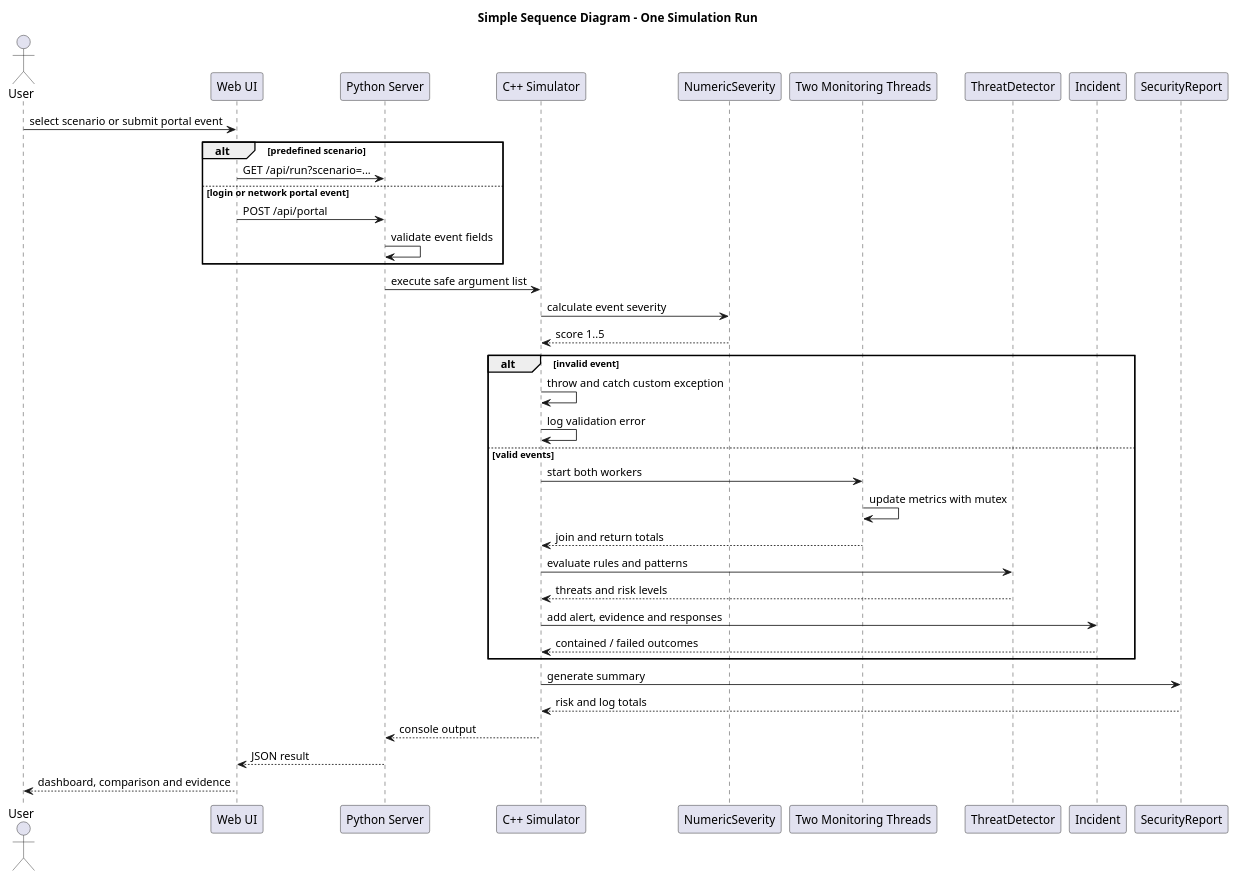
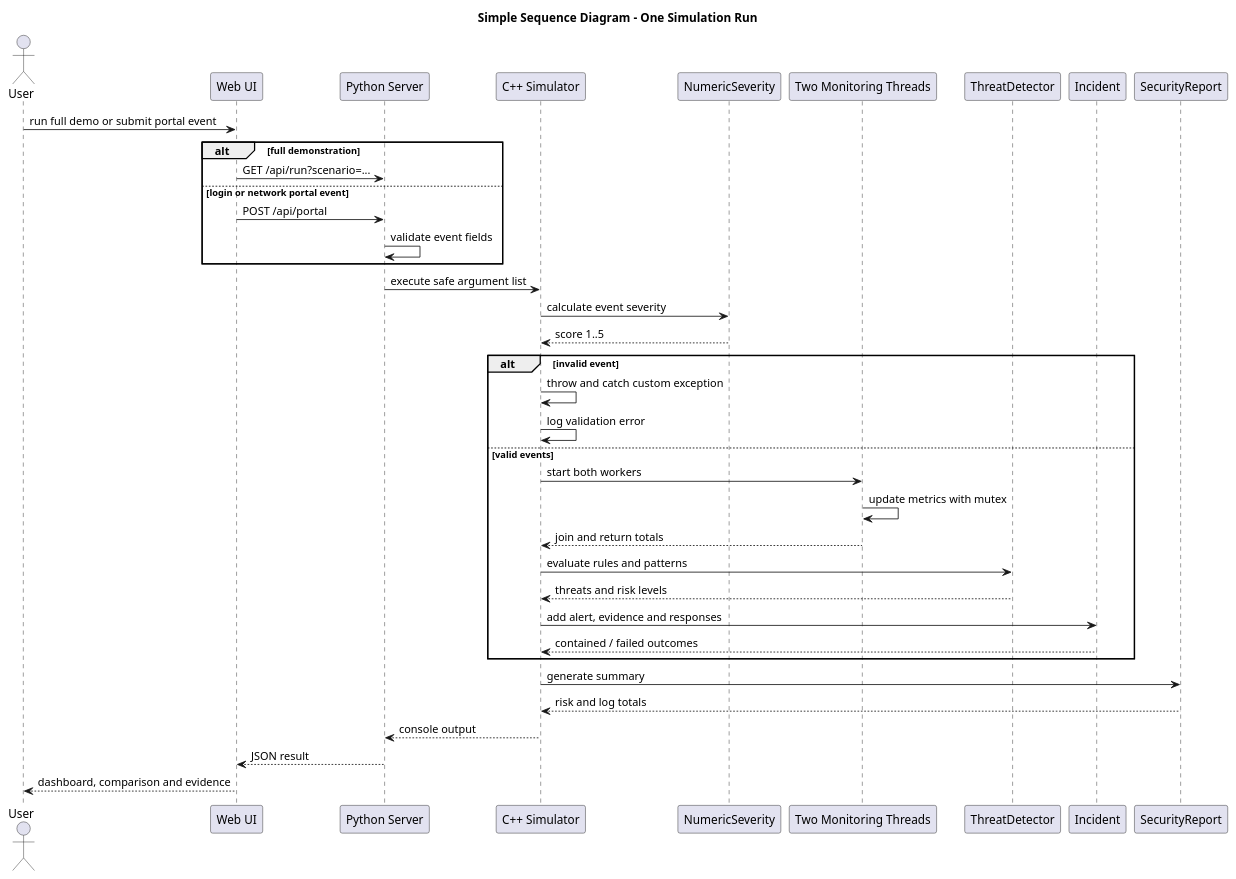
Before and after one commit to jaitak2121-spec/CybersecurityThreatdetector: the diagram in sequence-diagram.puml, drawn with PlantUML. The commit also changed 9 other files, not shown here.

Commit message:
Isolate portal risk from full demo

```diff
--- a/sequence-diagram.puml
+++ b/sequence-diagram.puml
@@ -1,44 +1,44 @@
 @startuml sequence-diagram
 title Simple Sequence Diagram - One Simulation Run
 
 actor User
 participant "Web UI" as UI
 participant "Python Server" as Server
 participant "C++ Simulator" as Simulator
 participant NumericSeverity as Scoring
 participant "Two Monitoring Threads" as Threads
 participant ThreatDetector as Detector
 participant Incident
 participant SecurityReport as Report
 
-User -> UI : select scenario or submit portal event
-alt predefined scenario
+User -> UI : run full demo or submit portal event
+alt full demonstration
   UI -> Server : GET /api/run?scenario=...
 else login or network portal event
   UI -> Server : POST /api/portal
   Server -> Server : validate event fields
 end
 Server -> Simulator : execute safe argument list
 
 Simulator -> Scoring : calculate event severity
 Scoring --> Simulator : score 1..5
 
 alt invalid event
   Simulator -> Simulator : throw and catch custom exception
   Simulator -> Simulator : log validation error
 else valid events
   Simulator -> Threads : start both workers
   Threads -> Threads : update metrics with mutex
   Threads --> Simulator : join and return totals
   Simulator -> Detector : evaluate rules and patterns
   Detector --> Simulator : threats and risk levels
   Simulator -> Incident : add alert, evidence and responses
   Incident --> Simulator : contained / failed outcomes
 end
 
 Simulator -> Report : generate summary
 Report --> Simulator : risk and log totals
 Simulator --> Server : console output
 Server --> UI : JSON result
 UI --> User : dashboard, comparison and evidence
 @enduml
```
